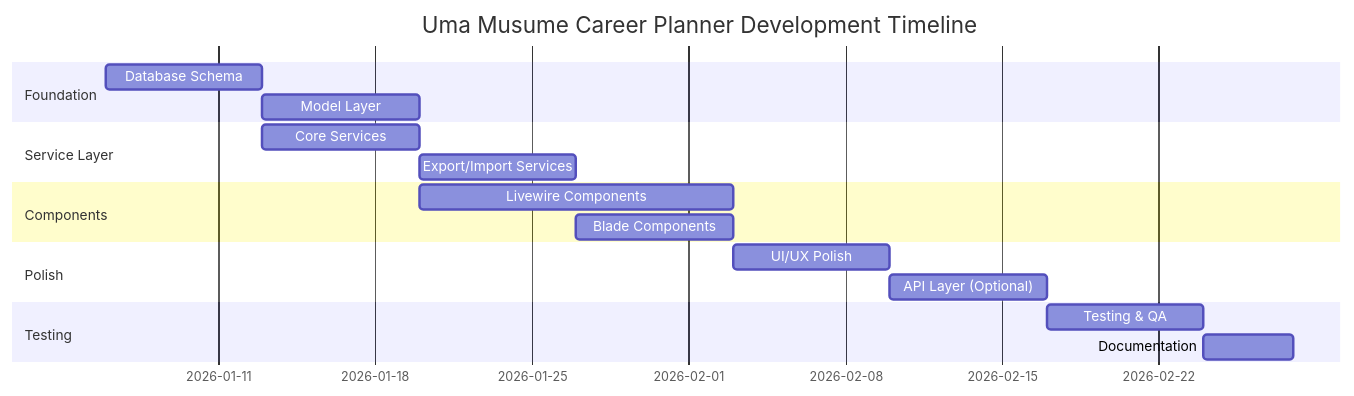
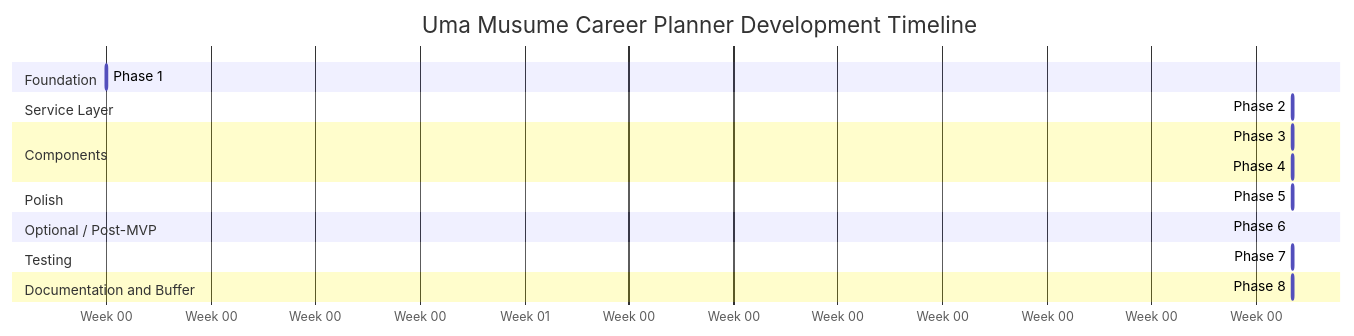
One commit to IzzatFirdaus/uma_musume_race_planner changed the first of 3 diagrams in docs/D01_System_Development_Plan.md. Above: the diagram before and after it, drawn with Mermaid. The commit also changed other lines of this file and 4 other files, not shown here.

````diff
--- a/docs/D01_System_Development_Plan.md
+++ b/docs/D01_System_Development_Plan.md
@@ -255,20 +299,21 @@
 ```mermaid
 gantt
     title Uma Musume Career Planner Development Timeline
-    dateFormat  YYYY-MM-DD
+    dateFormat  X
+    axisFormat  Week %W
     section Foundation
-    Database Schema           :a1, 2026-01-06, 7d
-    Model Layer               :a2, after a1, 7d
+    Phase 1: Foundation                 :p1, 0, 2w
     section Service Layer
-    Core Services             :b1, 2026-01-13, 7d
-    Export/Import Services    :b2, after b1, 7d
+    Phase 2: Service Layer              :p2, after p1, 2w
     section Components
-    Livewire Components       :c1, 2026-01-20, 14d
-    Blade Components          :c2, 2026-01-27, 7d
+    Phase 3: Livewire Components        :p3, after p2, 3w
+    Phase 4: Blade Components           :p4, after p2, 2w
     section Polish
-    UI/UX Polish              :d1, 2026-02-03, 7d
-    API Layer (Optional)      :d2, after d1, 7d
+    Phase 5: UI/UX Polish               :p5, after p3, 2w
+    section Optional / Post-MVP
+    Phase 6: API Layer                  :p6, after p5, 1w
     section Testing
-    Testing & QA              :e1, 2026-02-17, 7d
-    Documentation             :e2, after e1, 4d
+    Phase 7: Testing                    :p7, after p5, 2w
+    section Documentation and Buffer
+    Phase 8: Documentation and Deploy   :p8, after p7, 2w
 ```
````
